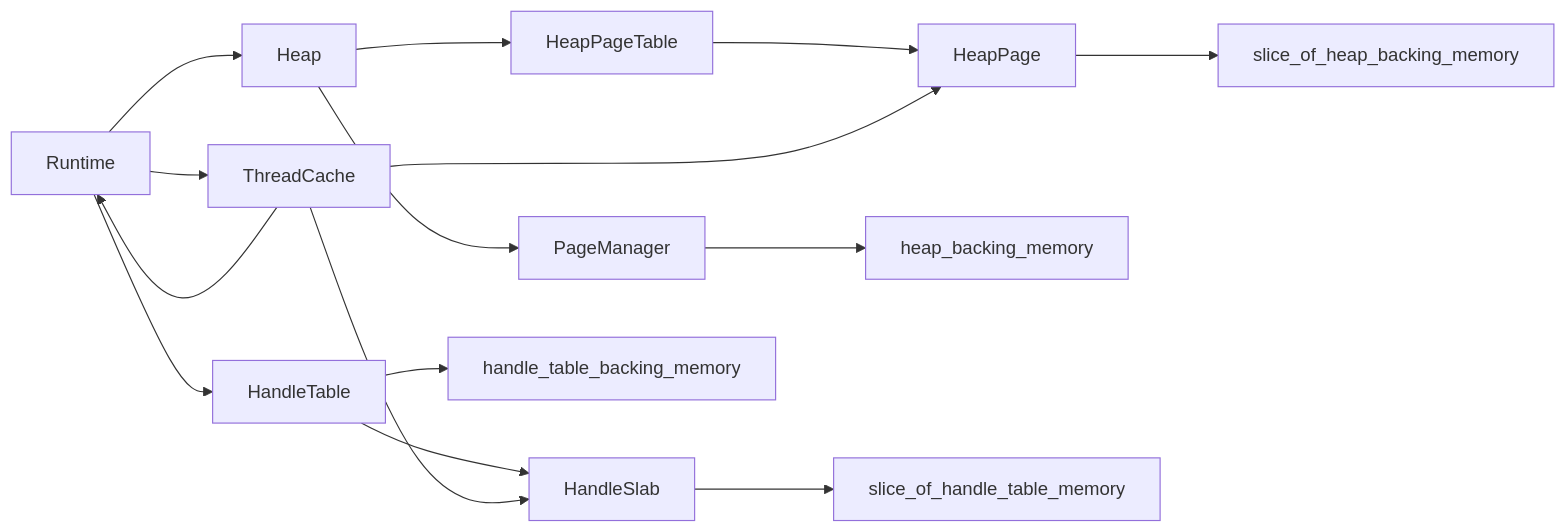
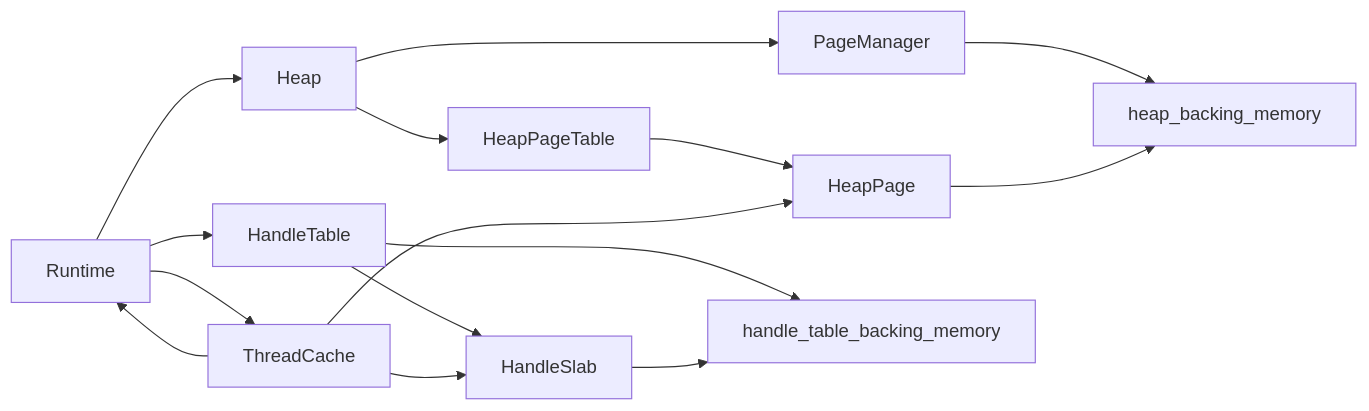
The diagram in runtime/README.md (nickwanninger/alaska), drawn with Mermaid before and after one commit.

Commit message:
runtime: update plot

````diff
--- a/runtime/README.md
+++ b/runtime/README.md
@@ -61,26 +61,26 @@
 ```mermaid
 graph LR;
 
     Runtime-->HandleTable;
     Runtime-->Heap;
     Runtime-->ThreadCache;
 
 
     Heap-->PageManager;
     Heap-->HeapPageTable;
 
     HeapPageTable-->HeapPage;
     PageManager-->heap_backing_memory;
-    HeapPage-->slice_of_heap_backing_memory;
+    HeapPage-->heap_backing_memory;
 
 
 
     HandleTable-->HandleSlab;
     HandleTable-->handle_table_backing_memory;
-    HandleSlab-->slice_of_handle_table_memory;
+    HandleSlab-->handle_table_backing_memory;
 
 
     ThreadCache-->Runtime;
     ThreadCache-->HandleSlab;
     ThreadCache-->HeapPage;
 ```
````
